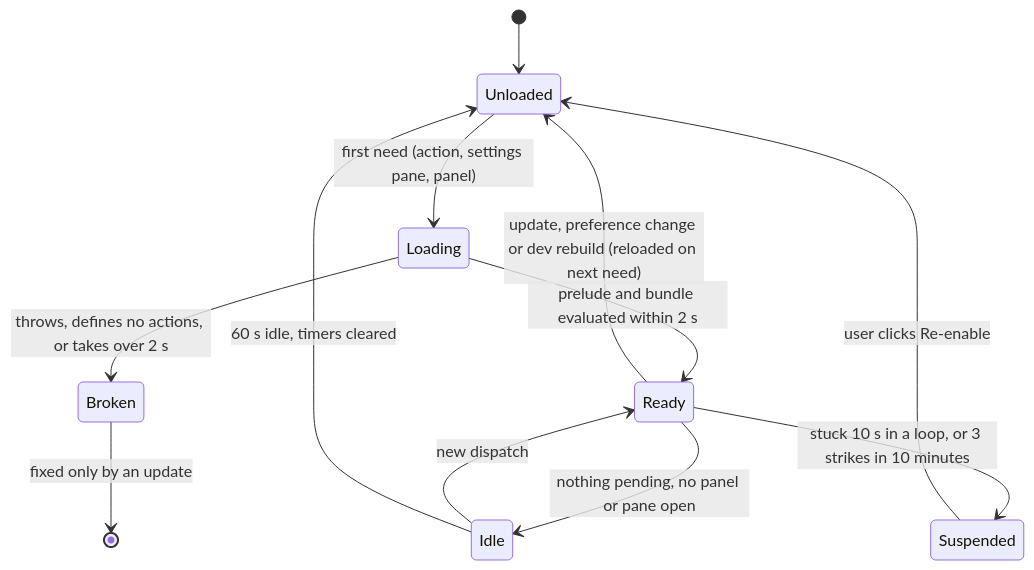
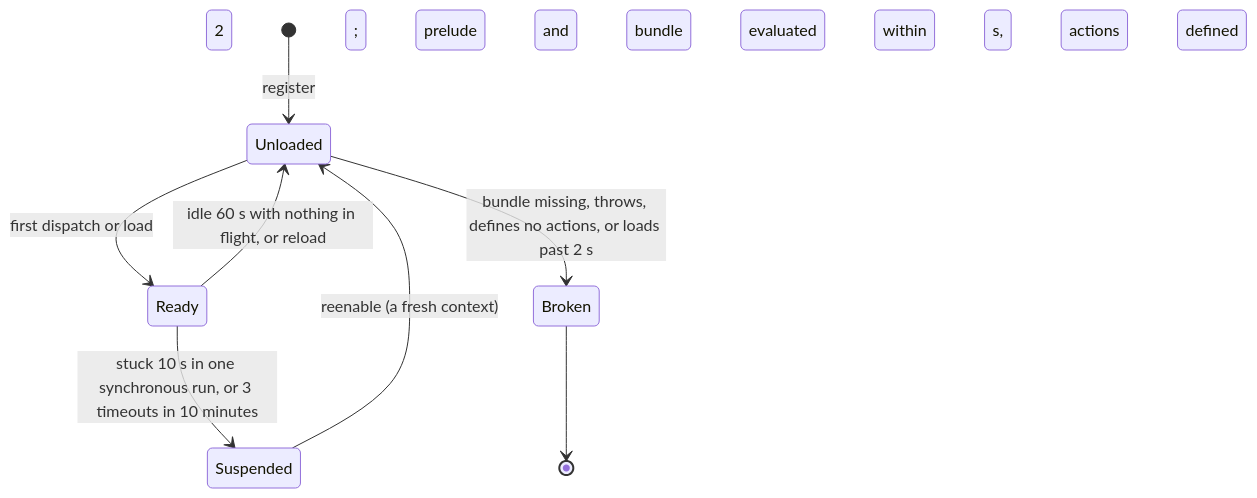
The second of 2 diagrams in docs/design/plugin-platform/02-runtime.md (mx-in/ODH), drawn with Mermaid before and after one commit. The commit also changed other lines of this file and 4 other files, not shown here.

````diff
--- a/docs/design/plugin-platform/02-runtime.md
+++ b/docs/design/plugin-platform/02-runtime.md
@@ -184,14 +229,10 @@
 ```mermaid
 stateDiagram-v2
-  [*] --> Unloaded
-  Unloaded --> Loading: first need (action, settings pane, panel)
-  Loading --> Ready: prelude and bundle evaluated within 2 s
-  Loading --> Broken: throws, defines no actions, or takes over 2 s
-  Ready --> Idle: nothing pending, no panel or pane open
-  Idle --> Ready: new dispatch
-  Idle --> Unloaded: 60 s idle, timers cleared
-  Ready --> Unloaded: update, preference change or dev rebuild (reloaded on next need)
-  Ready --> Suspended: stuck 10 s in a loop, or 3 strikes in 10 minutes
-  Suspended --> Unloaded: user clicks Re-enable
-  Broken --> [*]: fixed only by an update
+  [*] --> Unloaded: register
+  Unloaded --> Ready: first dispatch or load; prelude and bundle evaluated within 2 s, actions defined
+  Unloaded --> Broken: bundle missing, throws, defines no actions, or loads past 2 s
+  Ready --> Unloaded: idle 60 s with nothing in flight, or reload
+  Ready --> Suspended: stuck 10 s in one synchronous run, or 3 timeouts in 10 minutes
+  Suspended --> Unloaded: reenable (a fresh context)
+  Broken --> [*]
 ```
````
